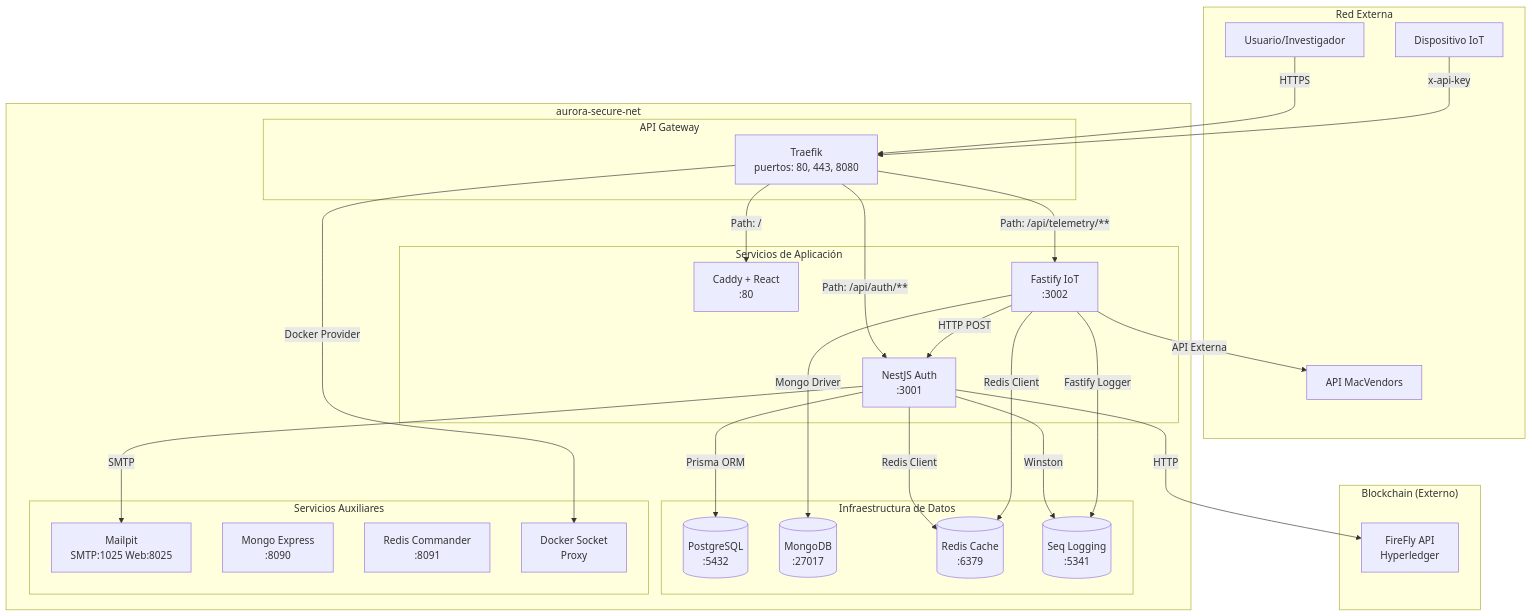
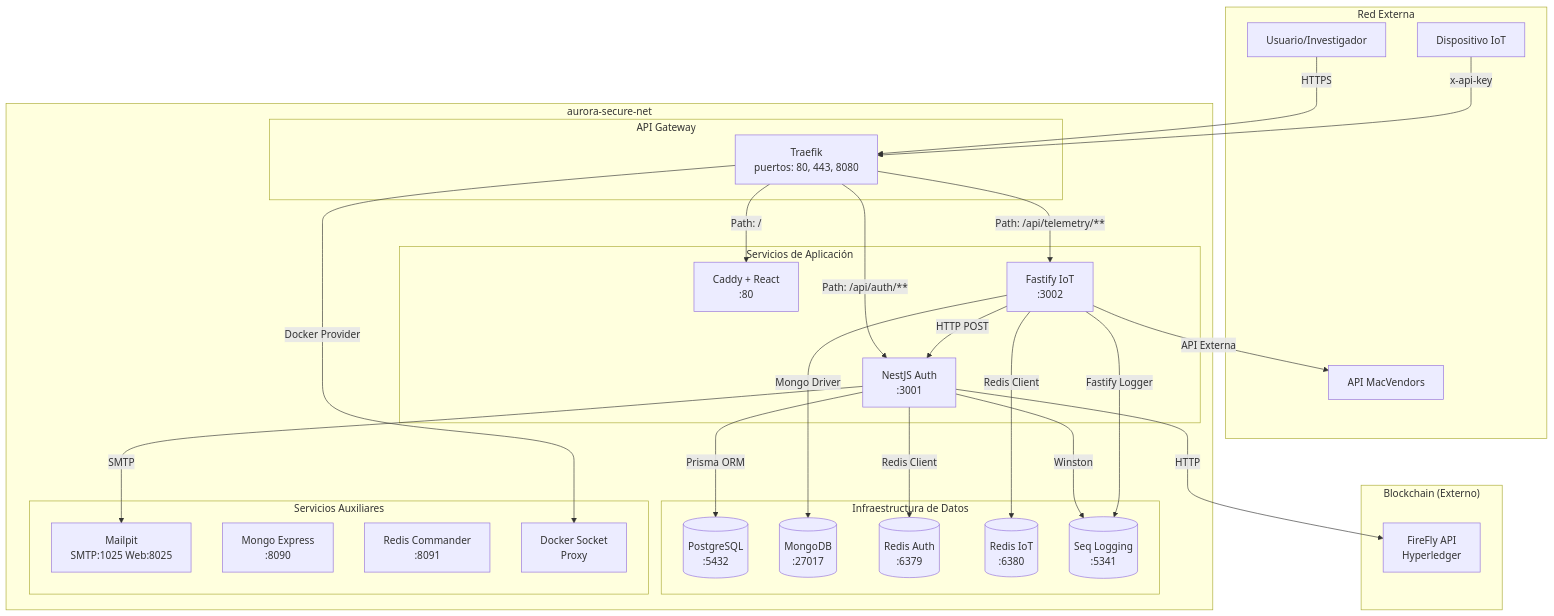
The first of 4 diagrams in docs/ARCHITECTURE.md (eromeroc97/TFG_AURORA_Blockchain), drawn with Mermaid before and after one commit. The commit also changed other lines of this file and 3 other files, not shown here.

First line of the commit message:
Split Redis into auth and IoT instances in docs

````diff
--- a/docs/ARCHITECTURE.md
+++ b/docs/ARCHITECTURE.md
@@ -19,59 +19,60 @@
 ```mermaid
 
 graph TB
     subgraph "Red Externa"
         USUARIO[Usuario/Investigador]
         DISPOSITIVO_IoT[Dispositivo IoT]
         MAC_VENDOR_API[API MacVendors]
     end
 
     subgraph "aurora-secure-net"
         subgraph "API Gateway"
             TRAEFIK[Traefik<br/>puertos: 80, 443, 8080]
         end
 
         subgraph "Servicios de Aplicación"
             WEBAPP[Caddy + React<br/>:80]
             AUTH[NestJS Auth<br/>:3001]
             IOT[Fastify IoT<br/>:3002]
         end
 
         subgraph "Infraestructura de Datos"
             POSTGRES[(PostgreSQL<br/>:5432)]
             MONGO[(MongoDB<br/>:27017)]
-            REDIS[(Redis Cache<br/>:6379)]
+            REDIS_AUTH[(Redis Auth<br/>:6379)]
+            REDIS_IOT[(Redis IoT<br/>:6380)]
             SEQ[(Seq Logging<br/>:5341)]
         end
 
         subgraph "Servicios Auxiliares"
             MAILPIT[Mailpit<br/>SMTP:1025 Web:8025]
             MONGO_EXP[Mongo Express<br/>:8090]
             REDIS_CMD[Redis Commander<br/>:8091]
             DOCKER_PROXY[Docker Socket<br/>Proxy]
         end
     end
 
     subgraph "Blockchain (Externo)"
         FIREFLY[FireFly API<br/>Hyperledger]
     end
 
     USUARIO -->|HTTPS| TRAEFIK
     DISPOSITIVO_IoT -->|x-api-key| TRAEFIK
     TRAEFIK -->|Path: /api/auth/**| AUTH
     TRAEFIK -->|Path: /api/telemetry/**| IOT
     TRAEFIK -->|Path: /| WEBAPP
 
     AUTH -->|Prisma ORM| POSTGRES
-    AUTH -->|Redis Client| REDIS
+    AUTH -->|Redis Client| REDIS_AUTH
     AUTH -->|HTTP| FIREFLY
     AUTH -->|SMTP| MAILPIT
 
     IOT -->|Mongo Driver| MONGO
-    IOT -->|Redis Client| REDIS
+    IOT -->|Redis Client| REDIS_IOT
     IOT -->|HTTP POST| AUTH
     IOT -->|API Externa| MAC_VENDOR_API
 
     AUTH -->|Winston| SEQ
     IOT -->|Fastify Logger| SEQ
     TRAEFIK -->|Docker Provider| DOCKER_PROXY
 ```
````
